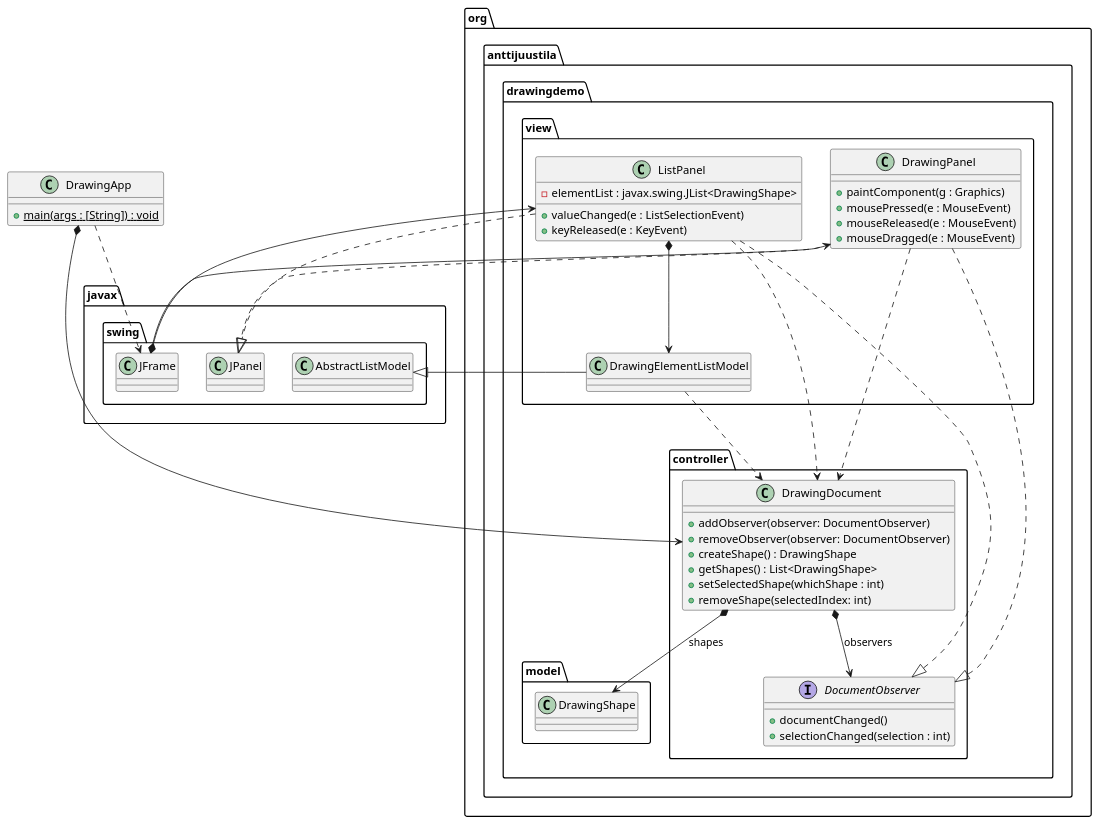
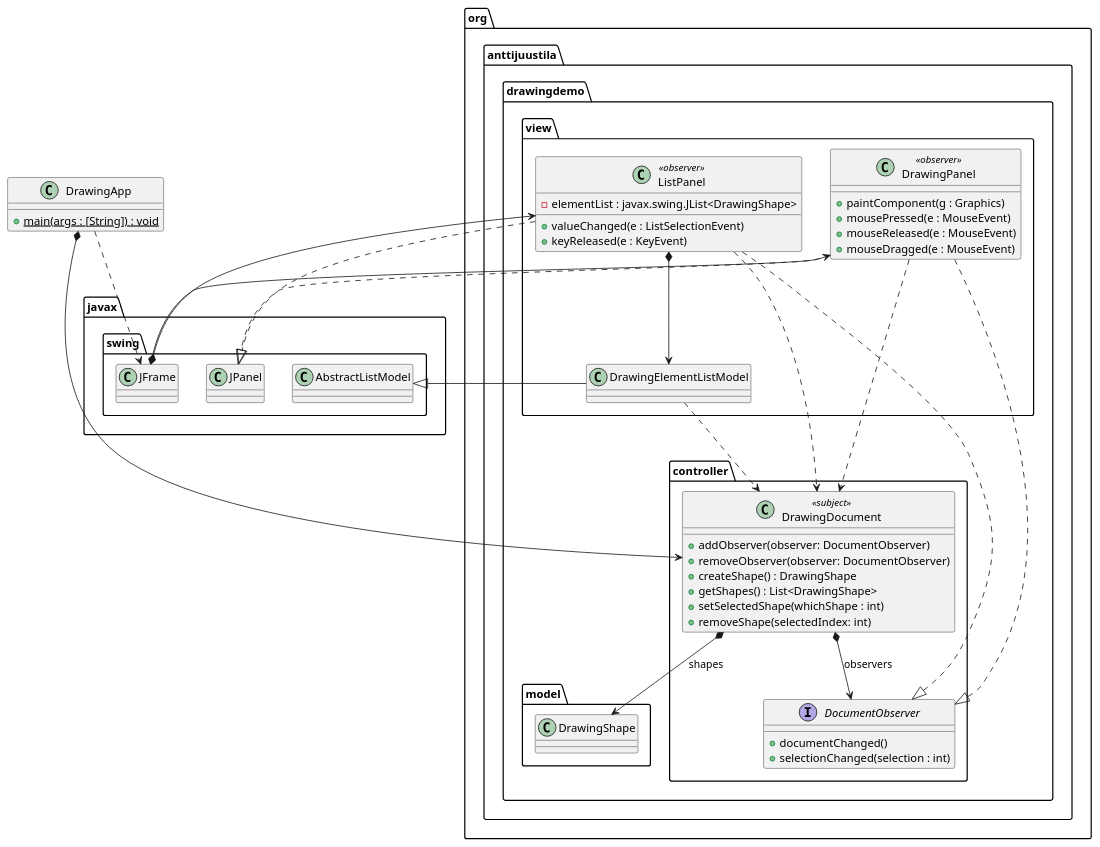
The diagram in classes.puml (anttijuu/drawingdemo), drawn with PlantUML before and after one commit. The commit also changed 1 other file, not shown here.

Commit message:
Added subject and observer stereotypes to class diagram

```diff
--- a/classes.puml
+++ b/classes.puml
@@ -1,62 +1,62 @@
 @startuml
 skinparam groupInheritance 2
 top to bottom direction
 
 class DrawingApp {
 	+ {static} main(args : [String]) : void
 }
 
 DrawingApp *--> org.anttijuustila.drawingdemo.controller.DrawingDocument
 DrawingApp ..> javax.swing.JFrame
 javax.swing.JFrame *--> org.anttijuustila.drawingdemo.view.DrawingPanel
 javax.swing.JFrame *--> org.anttijuustila.drawingdemo.view.ListPanel
 
 package org.anttijuustila.drawingdemo {
 
 	package controller {
-		class DrawingDocument {
+		class DrawingDocument <<subject>>  {
 			+ addObserver(observer: DocumentObserver)
 			+ removeObserver(observer: DocumentObserver)
 			+ createShape() : DrawingShape
 			+ getShapes() : List<DrawingShape>
 			+ setSelectedShape(whichShape : int)
 			+ removeShape(selectedIndex: int)
 		}
 		interface DocumentObserver {
 			+ documentChanged()
 			+ selectionChanged(selection : int)
 		}
 		DrawingDocument *--> DocumentObserver : observers
 		DrawingDocument *--> org.anttijuustila.drawingdemo.model.DrawingShape : shapes
 	}
 
 	package model {
 		class DrawingShape
 	}
 
 	package view {
-		class ListPanel {
+		class ListPanel <<observer>> {
 			- elementList : javax.swing.JList<DrawingShape>
 			+ valueChanged(e : ListSelectionEvent)
 			+ keyReleased(e : KeyEvent) 
 		}
 		ListPanel ..|> DocumentObserver
 		ListPanel ..> DrawingDocument
 		ListPanel ..|> javax.swing.JPanel
-		class DrawingPanel {
+		class DrawingPanel  <<observer>> {
 			+ paintComponent(g : Graphics)
 			+ mousePressed(e : MouseEvent)
 			+ mouseReleased(e : MouseEvent)
 			+ mouseDragged(e : MouseEvent)
 		}
 		DrawingPanel ..|> DocumentObserver
 		DrawingPanel ..|> javax.swing.JPanel
 		DrawingPanel ..> DrawingDocument
 		class DrawingElementListModel
 		ListPanel *--> DrawingElementListModel
 		DrawingElementListModel ..> org.anttijuustila.drawingdemo.controller.DrawingDocument
 		DrawingElementListModel --|> javax.swing.AbstractListModel
 	}
 
 }
 @enduml
```
